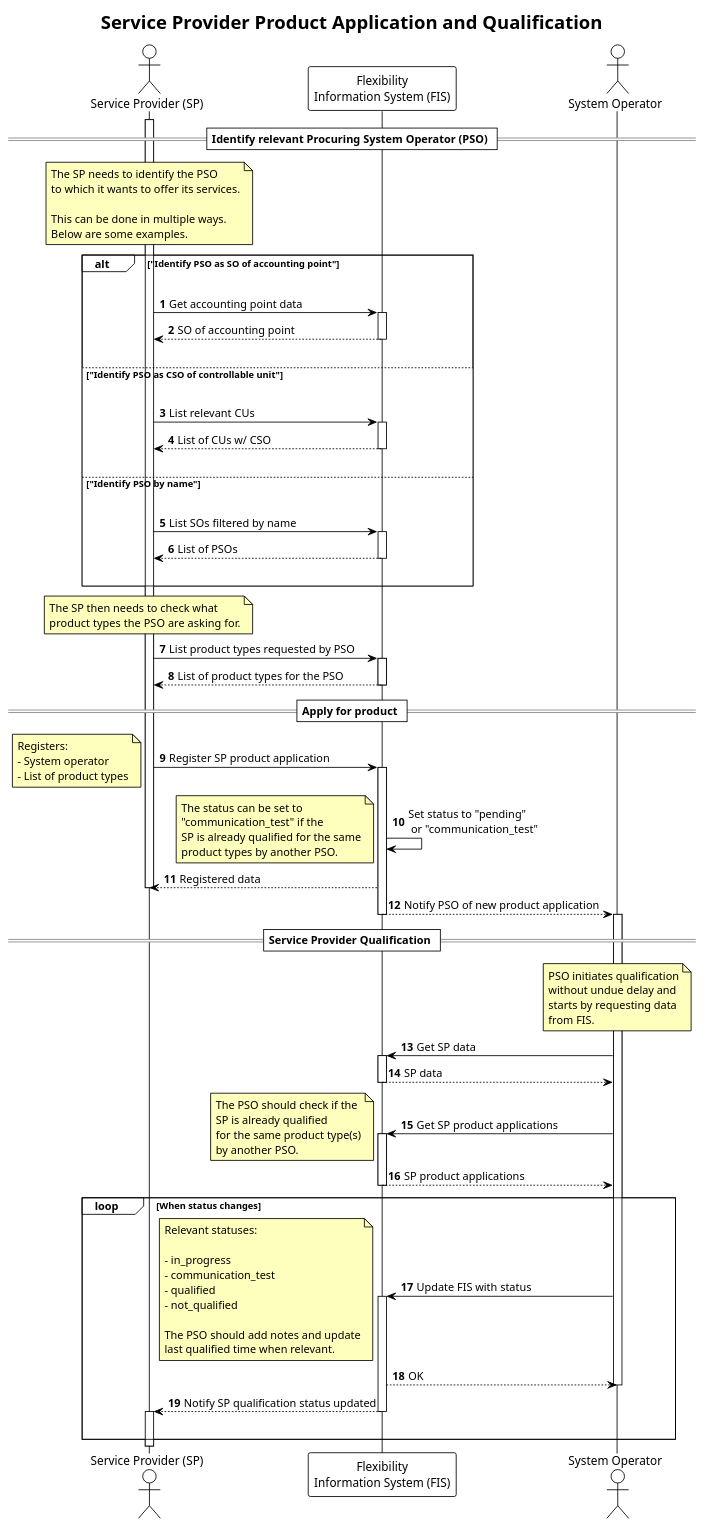
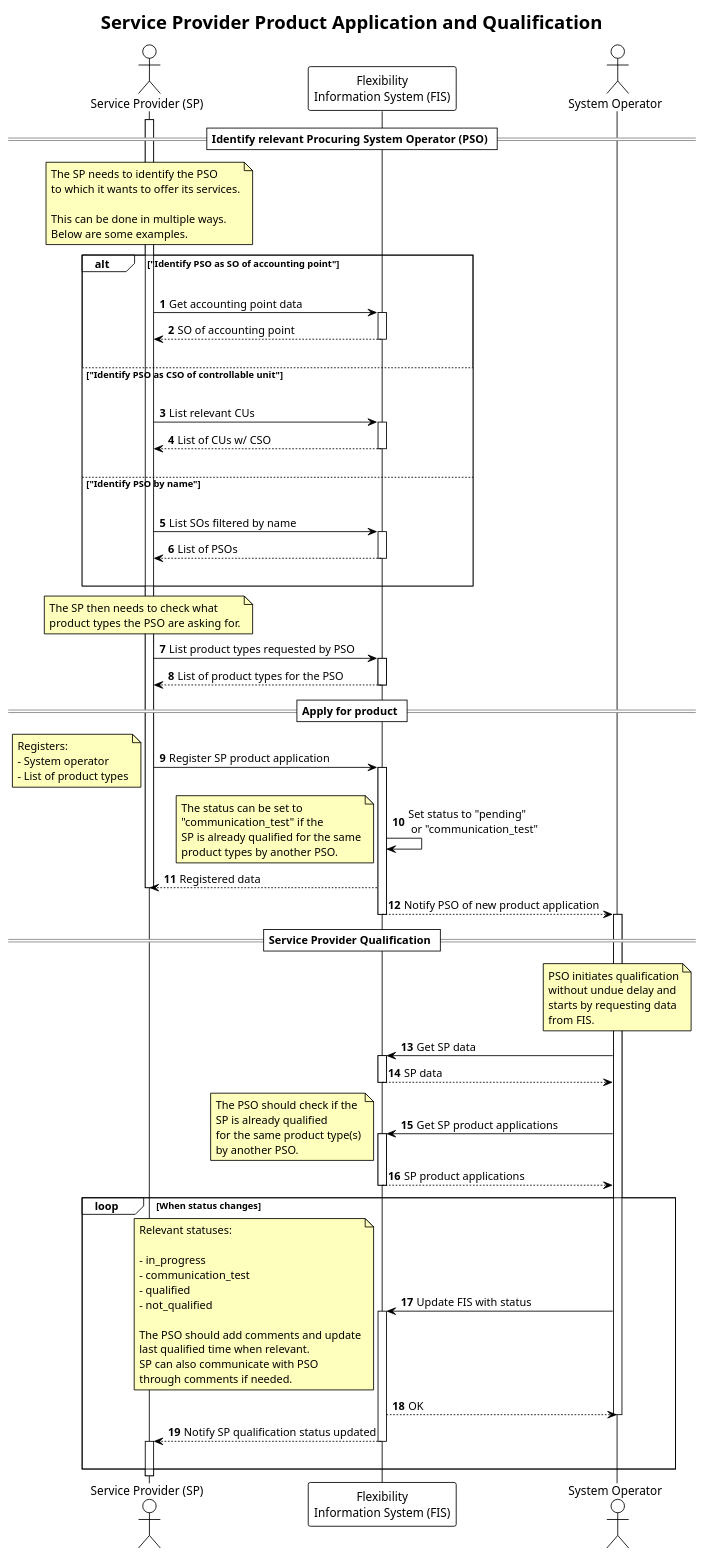
One commit to elhub/flex-information-system changed the diagram in docs/diagrams/service_provider_product_application.plantuml. Above: the diagram before and after it, drawn with PlantUML.

Commit message:
docs: update SP product application diagram

```diff
--- a/docs/diagrams/service_provider_product_application.plantuml
+++ b/docs/diagrams/service_provider_product_application.plantuml
@@ -1,134 +1,136 @@
 @startuml service_provider_product_application
 
 !theme plain
 
 title Service Provider Product Application and Qualification
 
 autonumber
 skinparam note {
     BackgroundColor #FFFFBD
 }
 
 actor "Service Provider (SP)" as SP
 participant "Flexibility\nInformation System (FIS)" as FIS
 actor "System Operator" as SO
 
 == Identify relevant Procuring System Operator (PSO) ==
 
 activate SP
 
 note over SP
     The SP needs to identify the PSO
     to which it wants to offer its services.
 
     This can be done in multiple ways.
     Below are some examples.
 end note
 
 alt "Identify PSO as SO of accounting point"
     |||
     SP -> FIS: Get accounting point data
     activate FIS
     FIS --> SP: SO of accounting point
     deactivate FIS
     |||
 else "Identify PSO as CSO of controllable unit"
     |||
     SP -> FIS: List relevant CUs
     activate FIS
     FIS --> SP: List of CUs w/ CSO
     deactivate FIS
     |||
 else "Identify PSO by name"
     |||
     SP -> FIS: List SOs filtered by name
     activate FIS
     FIS --> SP: List of PSOs
     deactivate FIS
     |||
 end
 
 note over SP
     The SP then needs to check what
     product types the PSO are asking for.
 end note
 
 SP -> FIS: List product types requested by PSO
 activate FIS
 FIS --> SP: List of product types for the PSO
 deactivate FIS
 
 == Apply for product ==
 
 SP -> FIS: Register SP product application
 
 note left
     Registers:
     - System operator
     - List of product types
 end note
 
 activate FIS
 FIS -> FIS: Set status to "pending"\n or "communication_test"
 note left
     The status can be set to
     "communication_test" if the
     SP is already qualified for the same
     product types by another PSO.
 end note
 FIS --> SP: Registered data
 deactivate SP
 FIS --> SO: Notify PSO of new product application
 deactivate FIS
 activate SO
 
 == Service Provider Qualification ==
 
 note over SO
     PSO initiates qualification
     without undue delay and
     starts by requesting data
     from FIS.
 end note
 
 SO -> FIS: Get SP data
 activate FIS
 FIS --> SO: SP data
 deactivate FIS
 
 SO -> FIS: Get SP product applications
 note left
     The PSO should check if the
     SP is already qualified
     for the same product type(s)
     by another PSO.
 end note
 activate FIS
 FIS --> SO: SP product applications
 deactivate FIS
 
 loop When status changes
     SO -> FIS: Update FIS with status
     note left
         Relevant statuses:
 
         - in_progress
         - communication_test
         - qualified
         - not_qualified
 
-        The PSO should add notes and update
+        The PSO should add comments and update
         last qualified time when relevant.
+        SP can also communicate with PSO
+        through comments if needed.
     end note
     activate FIS
     FIS --> SO: OK
 
     deactivate SO
     FIS --> SP: Notify SP qualification status updated
     deactivate FIS
     activate SP
     |||
 end
 
 
 @enduml
```
